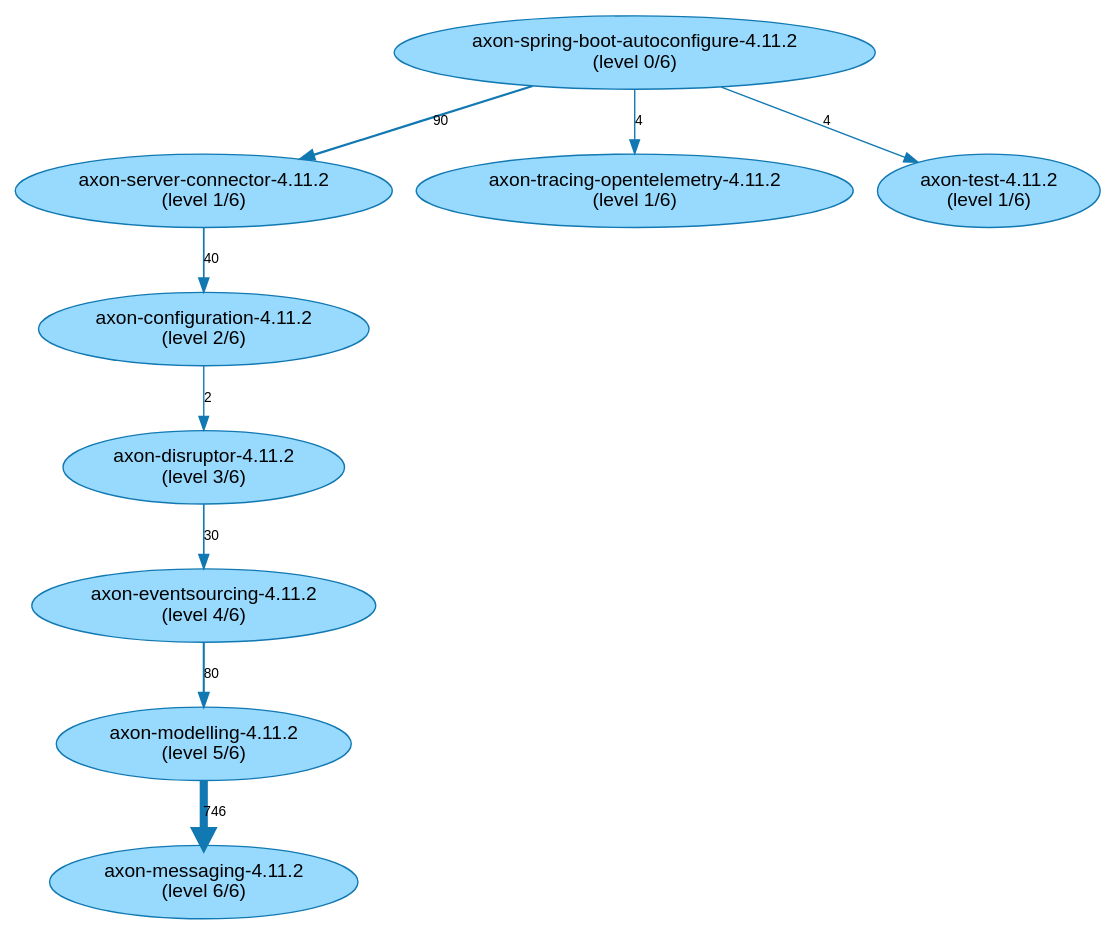
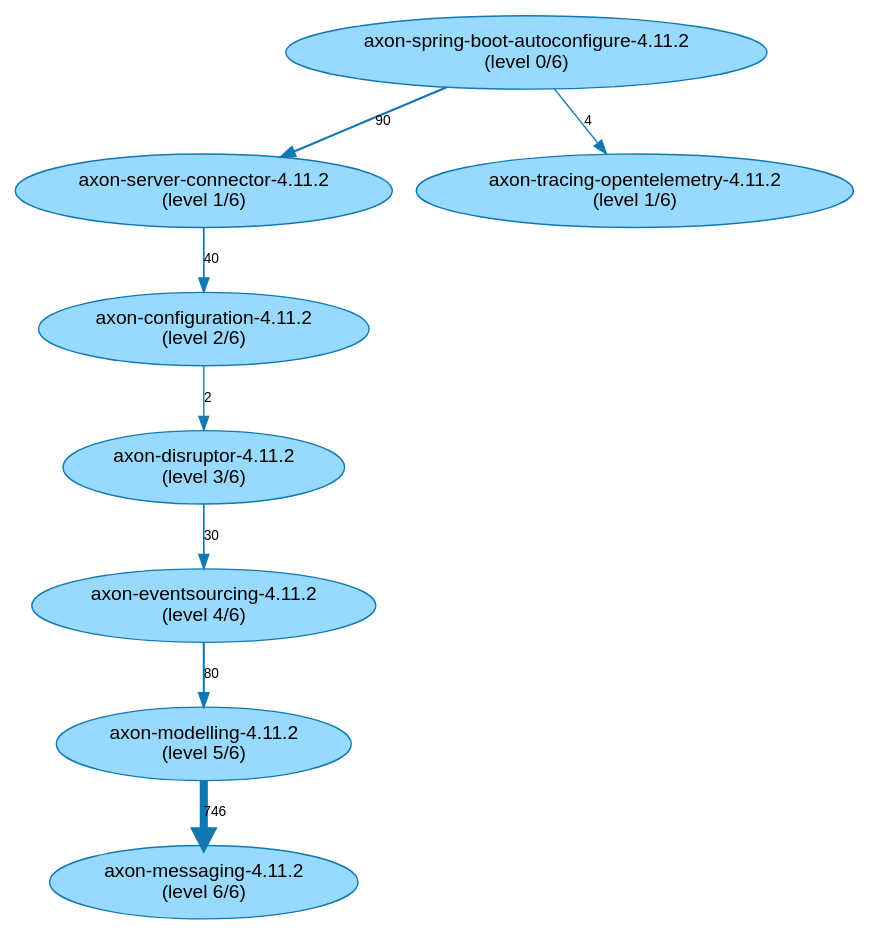
One commit to JohT/code-graph-analysis-examples changed the diagram in analysis-results/AxonFramework/AxonFramework-4.11.2/path-finding-visualization/JavaArtifactLongestPathsIsolated.gv. Above: the diagram before and after it, drawn with Graphviz. The commit also changed 433 other files, not shown here.

```diff
--- a/analysis-results/AxonFramework/AxonFramework-4.11.2/path-finding-visualization/JavaArtifactLongestPathsIsolated.gv
+++ b/analysis-results/AxonFramework/AxonFramework-4.11.2/path-finding-visualization/JavaArtifactLongestPathsIsolated.gv
@@ -1,32 +1,32 @@
 // This GraphViz dot file was generated by the script convertQueryResultCsvToGraphVizDotFile.sh with default.template
 
 strict digraph JavaArtifactLongestPathsIsolated {
     fontname = "Helvetica,Arial,sans-serif";
     node [fontname = "Helvetica,Arial,sans-serif";];
     edge [fontname = "Helvetica,Arial,sans-serif"; fontsize = 10;];
     node [style = filled; fillcolor = "0.560 0.400 0.999";];
     node [color = "0.560 0.900 0.700";];
     edge [color = "0.560 0.900 0.700";];
 	"axon-spring-boot-autoconfigure-4.11.2\n(level 0/6)" -> "axon-server-connector-4.11.2\n(level 1/6)" [label=90; penwidth=1.58; ];
 	"axon-server-connector-4.11.2\n(level 1/6)" -> "axon-configuration-4.11.2\n(level 2/6)" [label=40; penwidth=1.25; ];
 	"axon-configuration-4.11.2\n(level 2/6)" -> "axon-disruptor-4.11.2\n(level 3/6)" [label=2; penwidth=1.0; ];
 	"axon-disruptor-4.11.2\n(level 3/6)" -> "axon-eventsourcing-4.11.2\n(level 4/6)" [label=30; penwidth=1.19; ];
 	"axon-eventsourcing-4.11.2\n(level 4/6)" -> "axon-modelling-4.11.2\n(level 5/6)" [label=80; penwidth=1.52; ];
 	"axon-modelling-4.11.2\n(level 5/6)" -> "axon-messaging-4.11.2\n(level 6/6)" [label=746; penwidth=5.93; ];
+	"axon-spring-boot-autoconfigure-4.11.2\n(level 0/6)" -> "axon-server-connector-4.11.2\n(level 1/6)" [label=90; penwidth=1.58; ];
 	"axon-server-connector-4.11.2\n(level 1/6)" -> "axon-configuration-4.11.2\n(level 2/6)" [label=40; penwidth=1.25; ];
 	"axon-configuration-4.11.2\n(level 2/6)" -> "axon-disruptor-4.11.2\n(level 3/6)" [label=2; penwidth=1.0; ];
 	"axon-disruptor-4.11.2\n(level 3/6)" -> "axon-eventsourcing-4.11.2\n(level 4/6)" [label=30; penwidth=1.19; ];
 	"axon-eventsourcing-4.11.2\n(level 4/6)" -> "axon-modelling-4.11.2\n(level 5/6)" [label=80; penwidth=1.52; ];
 	"axon-spring-boot-autoconfigure-4.11.2\n(level 0/6)" -> "axon-server-connector-4.11.2\n(level 1/6)" [label=90; penwidth=1.58; ];
 	"axon-server-connector-4.11.2\n(level 1/6)" -> "axon-configuration-4.11.2\n(level 2/6)" [label=40; penwidth=1.25; ];
 	"axon-configuration-4.11.2\n(level 2/6)" -> "axon-disruptor-4.11.2\n(level 3/6)" [label=2; penwidth=1.0; ];
 	"axon-disruptor-4.11.2\n(level 3/6)" -> "axon-eventsourcing-4.11.2\n(level 4/6)" [label=30; penwidth=1.19; ];
 	"axon-spring-boot-autoconfigure-4.11.2\n(level 0/6)" -> "axon-server-connector-4.11.2\n(level 1/6)" [label=90; penwidth=1.58; ];
 	"axon-server-connector-4.11.2\n(level 1/6)" -> "axon-configuration-4.11.2\n(level 2/6)" [label=40; penwidth=1.25; ];
 	"axon-configuration-4.11.2\n(level 2/6)" -> "axon-disruptor-4.11.2\n(level 3/6)" [label=2; penwidth=1.0; ];
 	"axon-spring-boot-autoconfigure-4.11.2\n(level 0/6)" -> "axon-server-connector-4.11.2\n(level 1/6)" [label=90; penwidth=1.58; ];
 	"axon-server-connector-4.11.2\n(level 1/6)" -> "axon-configuration-4.11.2\n(level 2/6)" [label=40; penwidth=1.25; ];
 	"axon-spring-boot-autoconfigure-4.11.2\n(level 0/6)" -> "axon-server-connector-4.11.2\n(level 1/6)" [label=90; penwidth=1.58; ];
 	"axon-spring-boot-autoconfigure-4.11.2\n(level 0/6)" -> "axon-tracing-opentelemetry-4.11.2\n(level 1/6)" [label=4; penwidth=1.01; ];
-	"axon-spring-boot-autoconfigure-4.11.2\n(level 0/6)" -> "axon-test-4.11.2\n(level 1/6)" [label=4; penwidth=1.01; ];
 }
```
